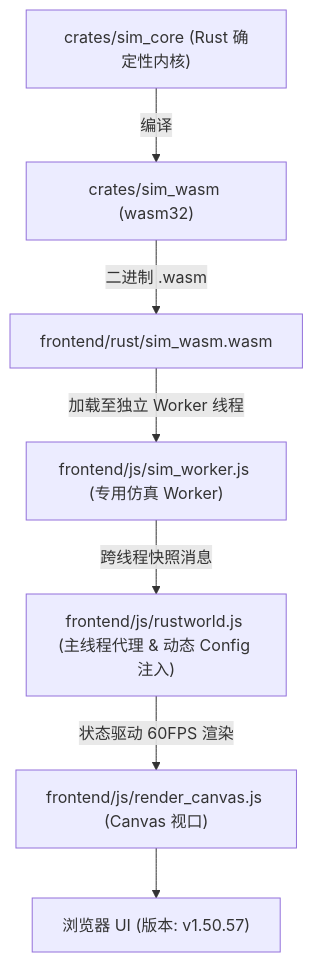
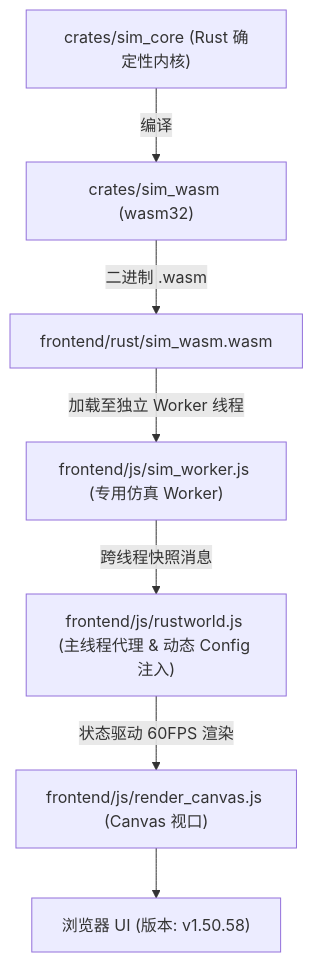
Before and after one commit to g39088902/FlowAndAccord: the diagram in AGENTS.md, drawn with Mermaid. The commit also changed other lines of this file and 14 other files, not shown here.

````diff
--- a/AGENTS.md
+++ b/AGENTS.md
@@ -61,10 +61,10 @@
 ```mermaid
 graph TD
     A["crates/sim_core (Rust 确定性内核)"] -->|编译| B["crates/sim_wasm (wasm32)"]
     B -->|二进制 .wasm| C["frontend/rust/sim_wasm.wasm"]
     C -->|加载至独立 Worker 线程| D["frontend/js/sim_worker.js (专用仿真 Worker)"]
     D -->|跨线程快照消息| E["frontend/js/rustworld.js (主线程代理 & 动态 Config 注入)"]
     E -->|状态驱动 60FPS 渲染| F["frontend/js/render_canvas.js (Canvas 视口)"]
-    F --> G["浏览器 UI (版本: v1.50.57)"]
+    F --> G["浏览器 UI (版本: v1.50.58)"]
 
 ```
````
